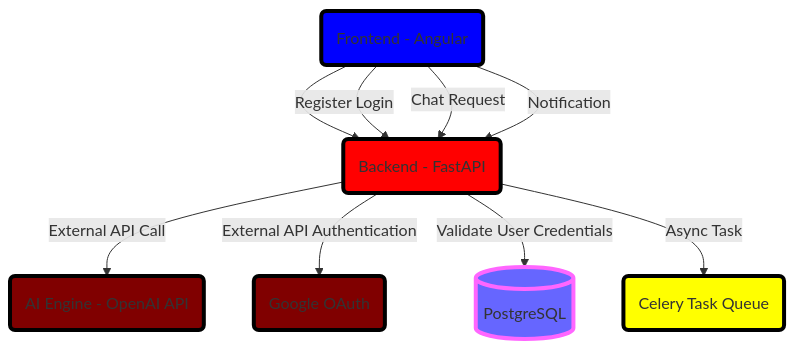
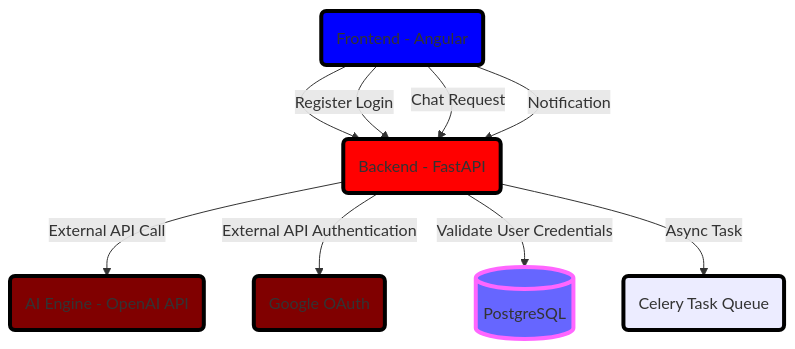
The diagram in mermaid.md (Joy-Ese/JayBank-Support-App), drawn with Mermaid before and after one commit.

````diff
--- a/mermaid.md
+++ b/mermaid.md
@@ -2,18 +2,18 @@
 ``` mermaid
 flowchart TD;
     FE("Frontend - Angular") --> BE("Backend - FastAPI")
     BE -->|External API Call| AI("AI Engine - OpenAI API")
     BE -->|External API Authentication| JWT("Google OAuth")
     FE -->|Register Login| BE
     FE -->|Chat Request| BE
     FE -->|Notification| BE
     BE -->|Validate User Credentials| Database[(PostgreSQL)]
     BE -->|Async Task| Queue("Celery Task Queue")
 
     style Database fill:#66f,stroke:#f6f,stroke-width:4px
     style FE fill:blue,stroke:black,stroke-width:4px,shadow:shadow
     style BE fill:red,stroke:black,stroke-width:4px,shadow:shadow
     style AI fill:maroon,stroke:black,stroke-width:4px,shadow:shadow
     style JWT fill:maroon,stroke:black,stroke-width:4px,shadow:shadow
-    style Queue fill:yellow,stroke:black,stroke-width:4px,shadow:shadow
+    style Queue fill:mustard,stroke:black,stroke-width:4px,shadow:shadow
 ```
````
